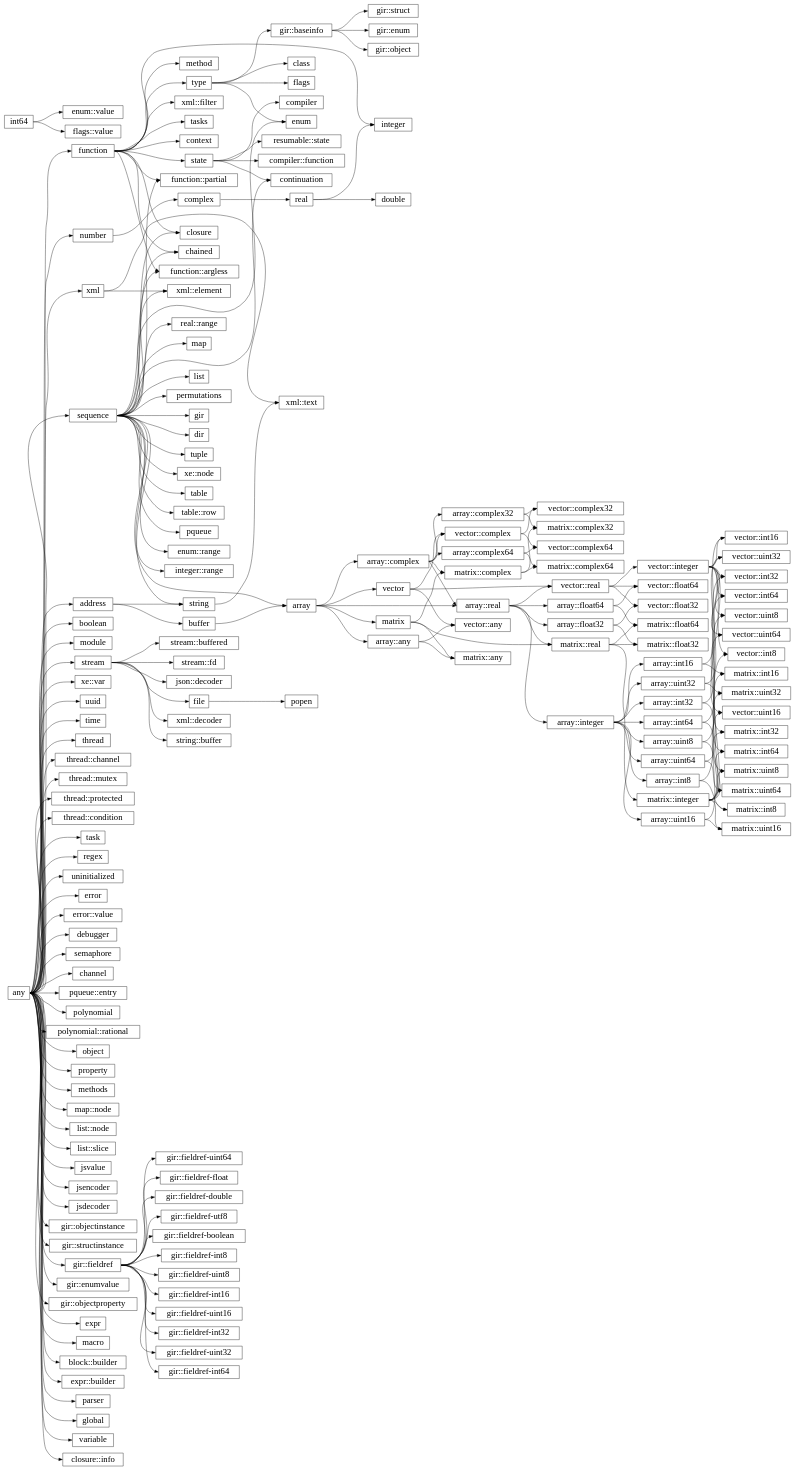
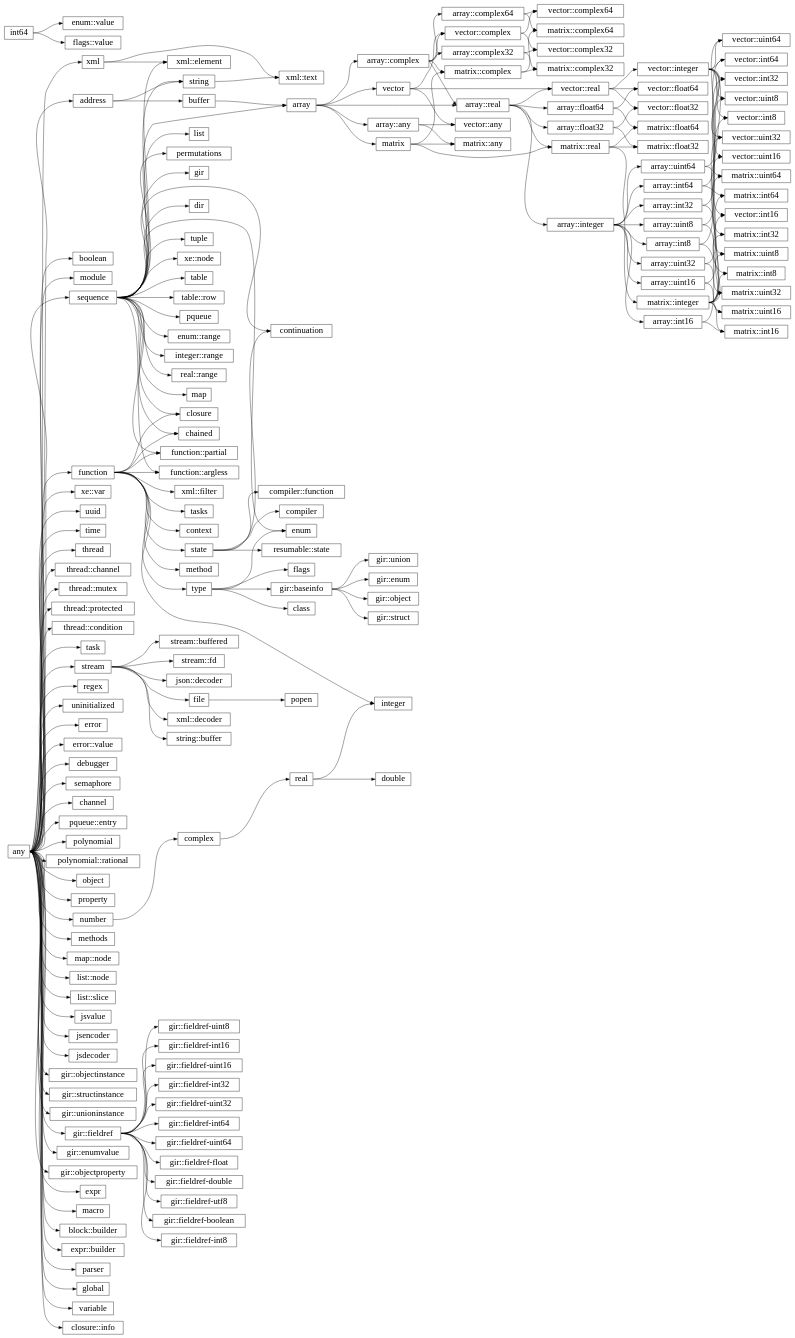
Before and after one commit to wrapl/minilang: the diagram in docs/library/hierarchy.rst, drawn with Graphviz. The commit also changed 6 other files, not shown here.

```diff
--- a/docs/library/hierarchy.rst
+++ b/docs/library/hierarchy.rst
@@ -101,6 +101,8 @@
       "any":e -> "gir::objectinstance":w;
       "gir::baseinfo":e -> "gir::struct":w;
       "any":e -> "gir::structinstance":w;
+      "gir::baseinfo":e -> "gir::union":w;
+      "any":e -> "gir::unioninstance":w;
       "any":e -> "gir::fieldref":w;
       "gir::fieldref":e -> "gir::fieldref-boolean":w;
       "gir::fieldref":e -> "gir::fieldref-int8":w;
```
